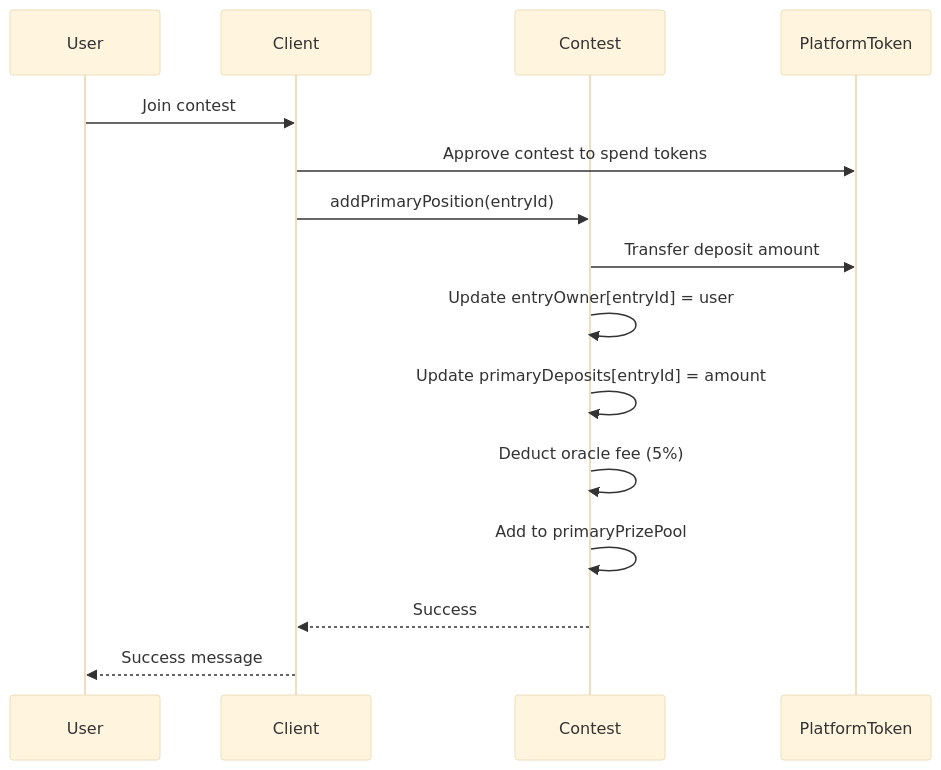
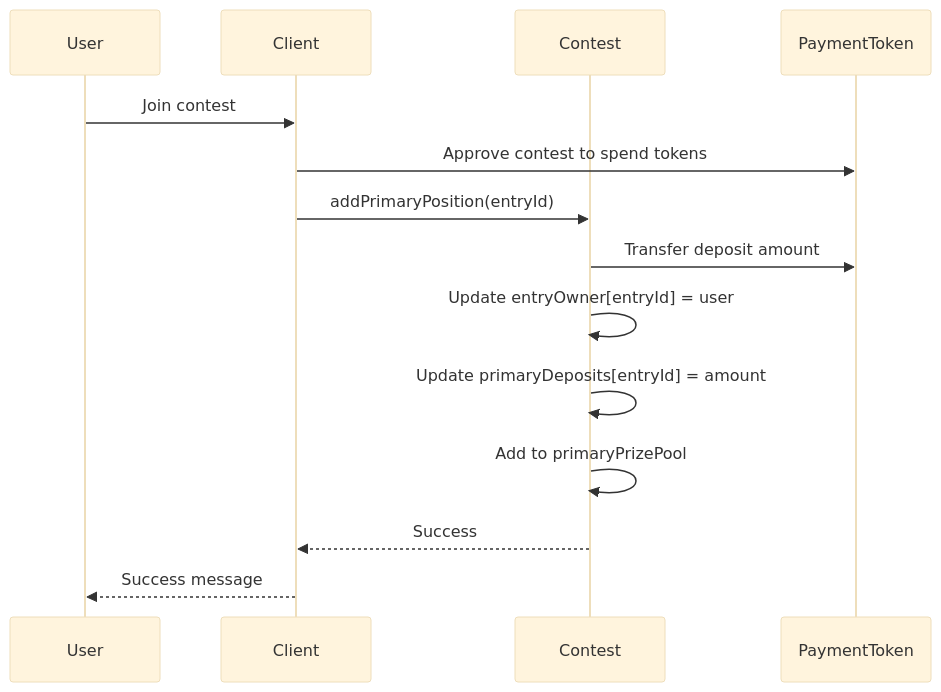
The first of 5 diagrams in spec/contracts/data-flow.md (MagRelo/cut), drawn with Mermaid (base theme) before and after one commit. The commit also changed other lines of this file and 16 other files, not shown here.

````diff
--- a/spec/contracts/data-flow.md
+++ b/spec/contracts/data-flow.md
@@ -5,18 +5,17 @@
 ```mermaid
 sequenceDiagram
     participant User
     participant Client
     participant Contest
-    participant PlatformToken
+    participant PaymentToken
     
     User->>Client: Join contest
-    Client->>PlatformToken: Approve contest to spend tokens
+    Client->>PaymentToken: Approve contest to spend tokens
     Client->>Contest: addPrimaryPosition(entryId)
-    Contest->>PlatformToken: Transfer deposit amount
+    Contest->>PaymentToken: Transfer deposit amount
     Contest->>Contest: Update entryOwner[entryId] = user
     Contest->>Contest: Update primaryDeposits[entryId] = amount
-    Contest->>Contest: Deduct oracle fee (5%)
     Contest->>Contest: Add to primaryPrizePool
     Contest-->>Client: Success
     Client-->>User: Success message
 ```
````
